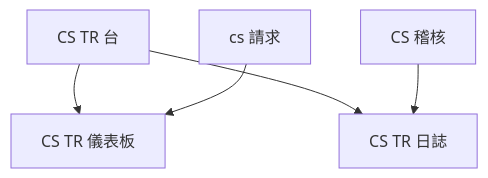
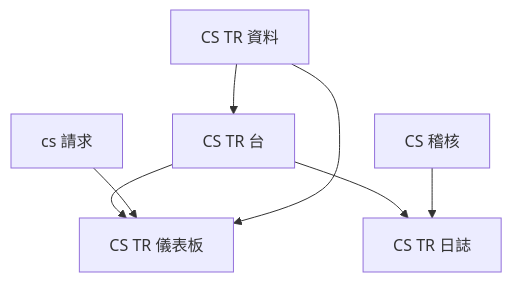
Diagram 13 of 14 in platform/docs/USER_GUIDE.zh-Hant.md (hxyan2020/PRD), drawn with Mermaid before and after one commit. The commit also changed other lines of this file and 48 other files, not shown here.

````diff
--- a/platform/docs/USER_GUIDE.zh-Hant.md
+++ b/platform/docs/USER_GUIDE.zh-Hant.md
@@ -689,7 +690,9 @@
 ```mermaid
 graph TD
   Desk[CS TR 台] --> Dash[CS TR 儀表板]
   Desk --> Log[CS TR 日誌]
   Audit[CS 稽核] --> Log
   Tickets[cs 請求] --> Dash
+  Data[CS TR 資料] --> Desk
+  Data --> Dash
 ```
````
